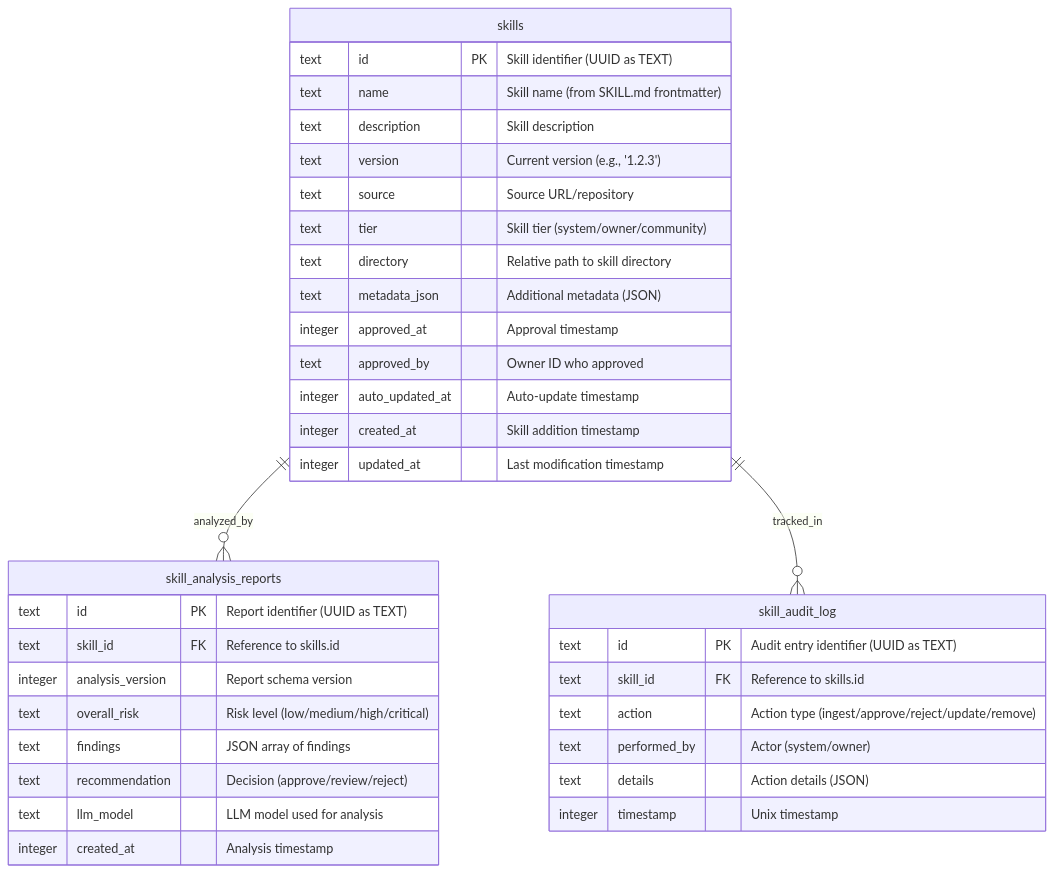
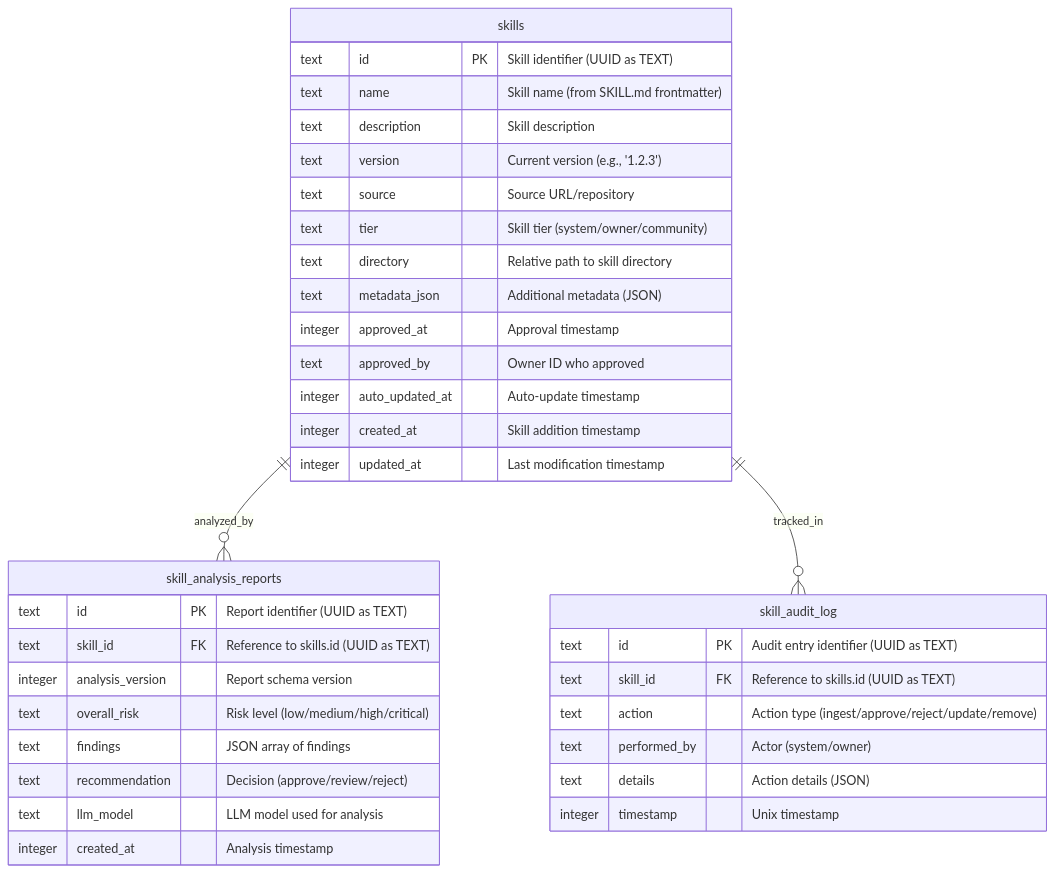
The fifth of 6 diagrams in TechSpec.md (openkraken-ai/openkraken), drawn with Mermaid before and after one commit. The commit also changed other lines of this file and 1 other file, not shown here.

````diff
--- a/TechSpec.md
+++ b/TechSpec.md
@@ -635,41 +645,41 @@
 ```mermaid
 erDiagram
     skills {
         text id PK "Skill identifier (UUID as TEXT)"
         text name "Skill name (from SKILL.md frontmatter)"
         text description "Skill description"
         text version "Current version (e.g., '1.2.3')"
         text source "Source URL/repository"
         text tier "Skill tier (system/owner/community)"
         text directory "Relative path to skill directory"
         text metadata_json "Additional metadata (JSON)"
         integer approved_at "Approval timestamp"
         text approved_by "Owner ID who approved"
         integer auto_updated_at "Auto-update timestamp"
         integer created_at "Skill addition timestamp"
         integer updated_at "Last modification timestamp"
     }
     
     skill_analysis_reports {
         text id PK "Report identifier (UUID as TEXT)"
-        text skill_id FK "Reference to skills.id"
+        text skill_id FK "Reference to skills.id (UUID as TEXT)"
         integer analysis_version "Report schema version"
         text overall_risk "Risk level (low/medium/high/critical)"
         text findings "JSON array of findings"
         text recommendation "Decision (approve/review/reject)"
         text llm_model "LLM model used for analysis"
         integer created_at "Analysis timestamp"
     }
     
     skill_audit_log {
         text id PK "Audit entry identifier (UUID as TEXT)"
-        text skill_id FK "Reference to skills.id"
+        text skill_id FK "Reference to skills.id (UUID as TEXT)"
         text action "Action type (ingest/approve/reject/update/remove)"
         text performed_by "Actor (system/owner)"
         text details "Action details (JSON)"
         integer timestamp "Unix timestamp"
     }
 
     skills ||--o{ skill_analysis_reports : "analyzed_by"
     skills ||--o{ skill_audit_log : "tracked_in"
 ```
````
